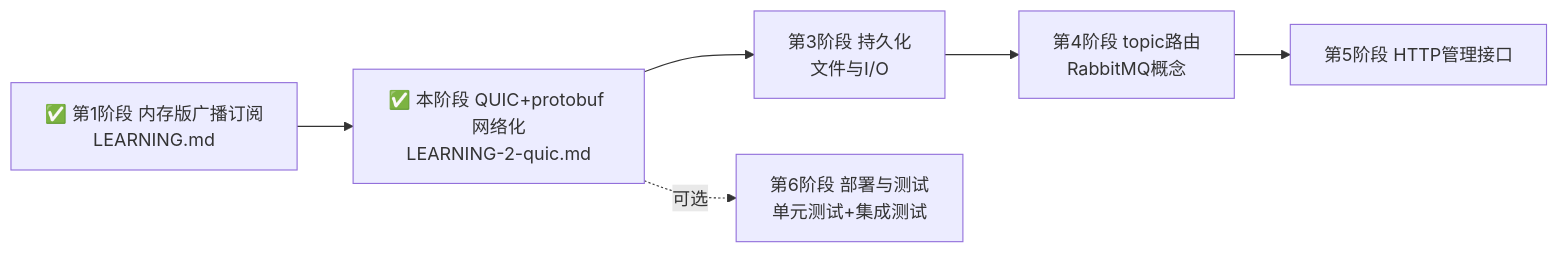
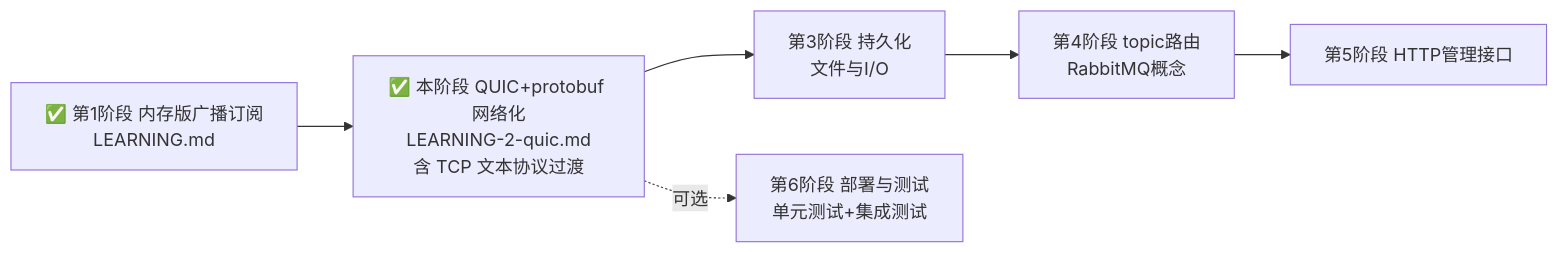
One commit to MrTwoc/Mymq-rs changed the sixth of 6 diagrams in LEARNING-2-quic.md. Above: the diagram before and after it, drawn with Mermaid. The commit also changed other lines of this file and 2 other files, not shown here.

Commit message:
docs: 更新学习文档并新增 TCP 过渡步骤

````diff
--- a/LEARNING-2-quic.md
+++ b/LEARNING-2-quic.md
@@ -603,8 +797,8 @@
 ```mermaid
 flowchart LR
-    S1[✅ 第1阶段 内存版广播订阅<br/>LEARNING.md] --> S2[✅ 本阶段 QUIC+protobuf 网络化<br/>LEARNING-2-quic.md]
+    S1[✅ 第1阶段 内存版广播订阅<br/>LEARNING.md] --> S2[✅ 本阶段 QUIC+protobuf 网络化<br/>LEARNING-2-quic.md<br/>含 TCP 文本协议过渡]
     S2 --> S3[第3阶段 持久化<br/>文件与I/O]
     S3 --> S4[第4阶段 topic路由<br/>RabbitMQ概念]
     S4 --> S5[第5阶段 HTTP管理接口]
     S2 -.可选.-> S6[第6阶段 部署与测试<br/>单元测试+集成测试]
 ```
````
